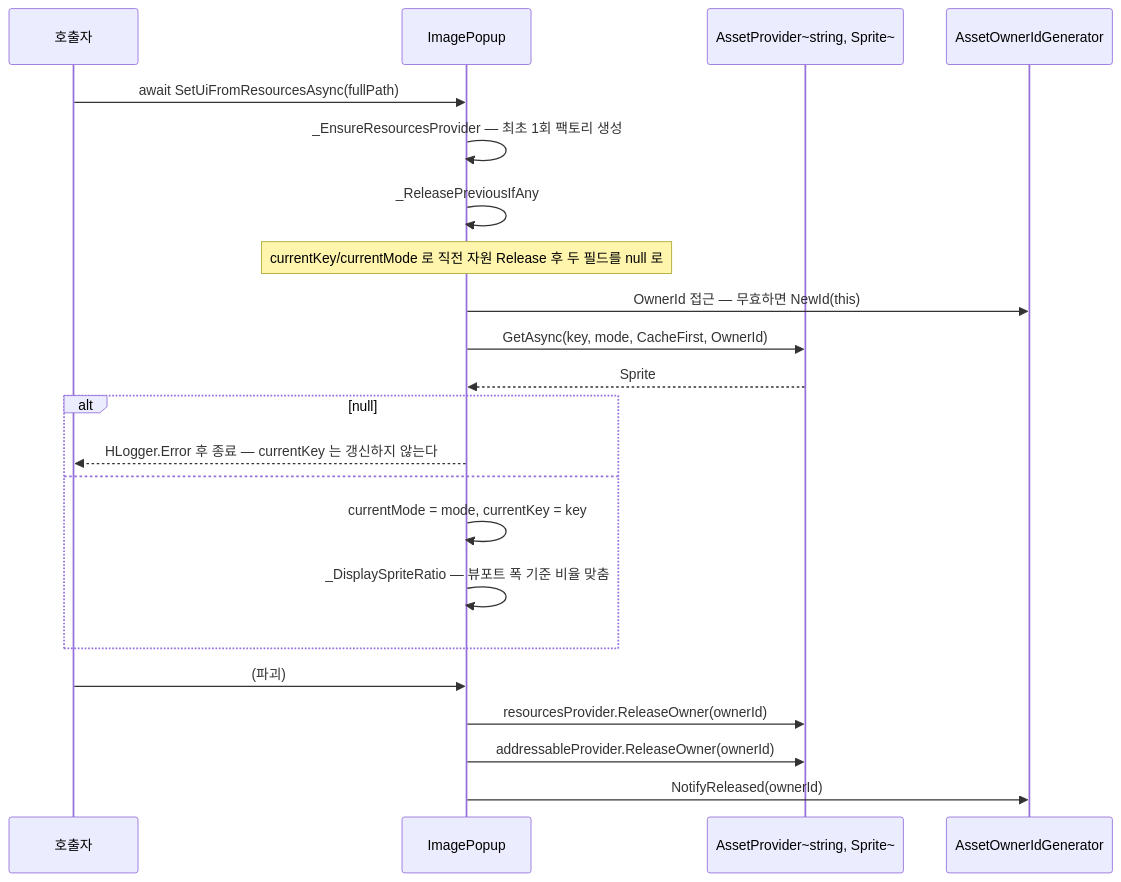
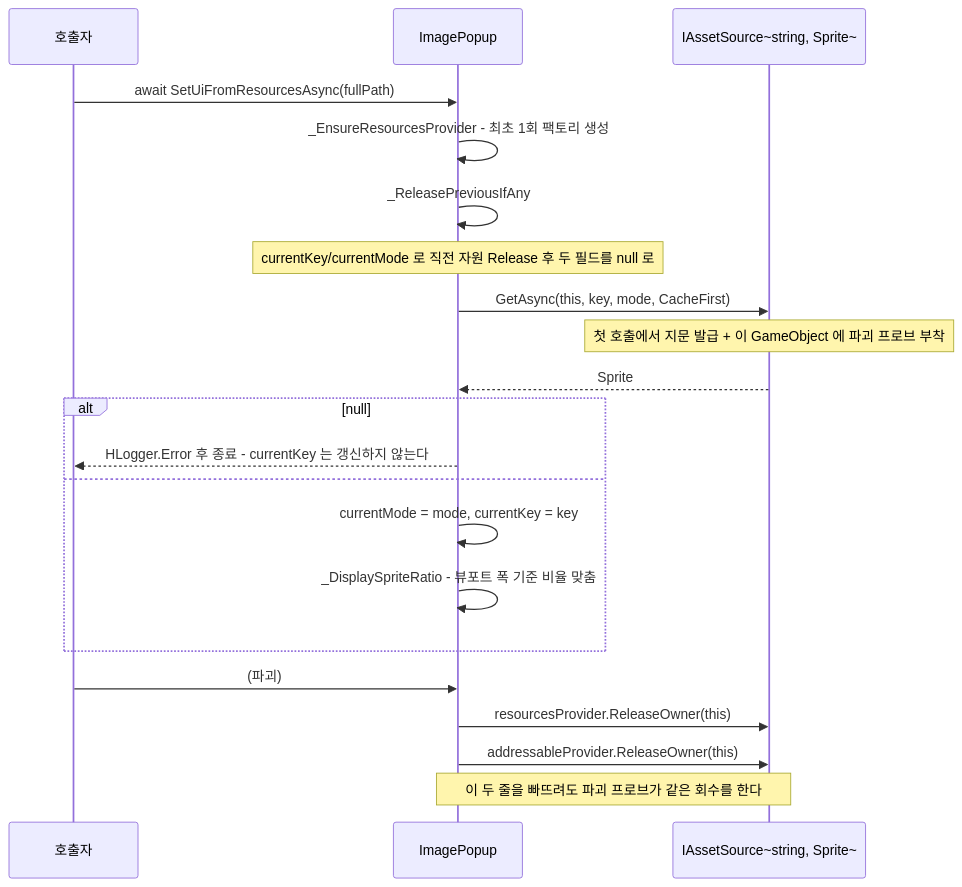
Before and after one commit to HoHong123/HCUP-Unity: the fourth of 5 diagrams in HUI/docs/Overlay.md, drawn with Mermaid. The commit also changed other lines of this file, not shown here.

````diff
--- a/HUI/docs/Overlay.md
+++ b/HUI/docs/Overlay.md
@@ -243,26 +243,25 @@
 ```mermaid
 sequenceDiagram
     participant C as 호출자
     participant P as ImagePopup
-    participant AP as AssetProvider~string, Sprite~
-    participant G as AssetOwnerIdGenerator
+    participant AP as IAssetSource~string, Sprite~
 
     C->>P: await SetUiFromResourcesAsync(fullPath)
-    P->>P: _EnsureResourcesProvider — 최초 1회 팩토리 생성
+    P->>P: _EnsureResourcesProvider - 최초 1회 팩토리 생성
     P->>P: _ReleasePreviousIfAny
     Note over P: currentKey/currentMode 로 직전 자원 Release 후 두 필드를 null 로
-    P->>G: OwnerId 접근 — 무효하면 NewId(this)
-    P->>AP: GetAsync(key, mode, CacheFirst, OwnerId)
+    P->>AP: GetAsync(this, key, mode, CacheFirst)
+    Note over AP: 첫 호출에서 지문 발급 + 이 GameObject 에 파괴 프로브 부착
     AP-->>P: Sprite
     alt null
-        P-->>C: HLogger.Error 후 종료 — currentKey 는 갱신하지 않는다
+        P-->>C: HLogger.Error 후 종료 - currentKey 는 갱신하지 않는다
     else
         P->>P: currentMode = mode, currentKey = key
-        P->>P: _DisplaySpriteRatio — 뷰포트 폭 기준 비율 맞춤
+        P->>P: _DisplaySpriteRatio - 뷰포트 폭 기준 비율 맞춤
     end
 
     C->>P: (파괴)
-    P->>AP: resourcesProvider.ReleaseOwner(ownerId)
-    P->>AP: addressableProvider.ReleaseOwner(ownerId)
-    P->>G: NotifyReleased(ownerId)
+    P->>AP: resourcesProvider.ReleaseOwner(this)
+    P->>AP: addressableProvider.ReleaseOwner(this)
+    Note over P,AP: 이 두 줄을 빠뜨려도 파괴 프로브가 같은 회수를 한다
 ```
````
